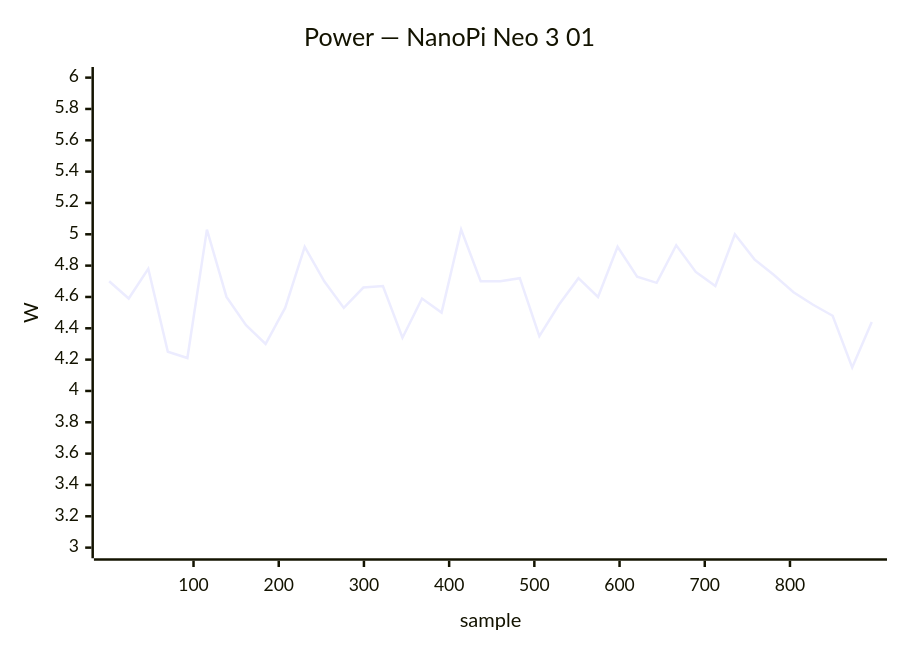
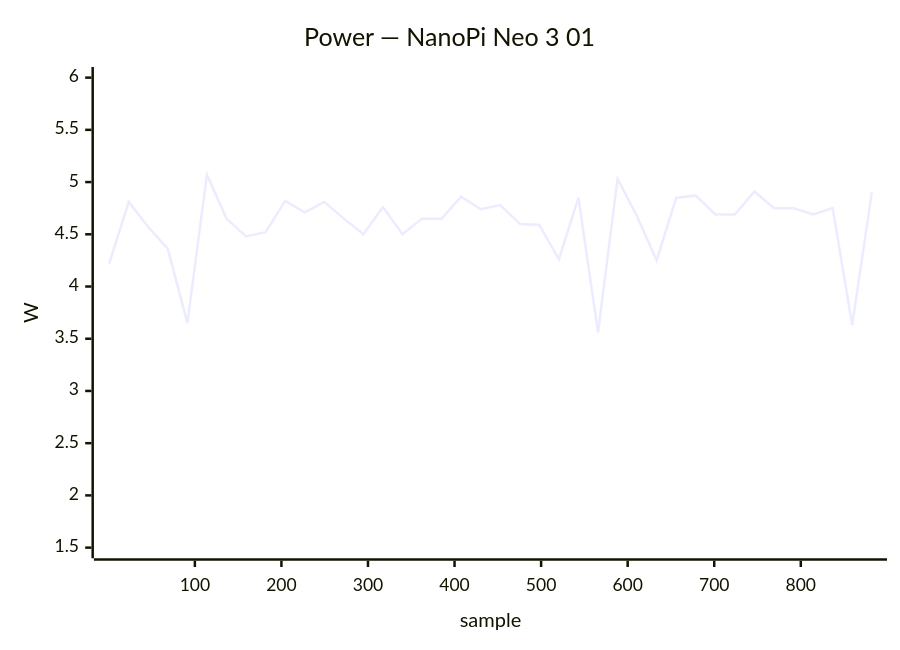
Before and after one commit to armbian/documentation: diagram 23 of 39 in docs/status/board-tests.md, drawn with Mermaid. The commit also changed other lines of this file, not shown here.

````diff
--- a/docs/status/board-tests.md
+++ b/docs/status/board-tests.md
@@ -1068,7 +1011,7 @@
 ```mermaid
 xychart-beta
     title "Power — NanoPi Neo 3 01"
-    x-axis "sample" 1 --> 896
-    y-axis "W" 3.0 --> 6.0
-    line [4.70, 4.59, 4.78, 4.25, 4.21, 5.03, 4.60, 4.42, 4.30, 4.53, 4.92, 4.70, 4.53, 4.66, 4.67, 4.34, 4.59, 4.50, 5.03, 4.70, 4.70, 4.72, 4.35, 4.55, 4.72, 4.60, 4.92, 4.73, 4.69, 4.93, 4.76, 4.67, 5.00, 4.84, 4.74, 4.63, 4.55, 4.48, 4.15, 4.44]
+    x-axis "sample" 1 --> 882
+    y-axis "W" 1.5 --> 6.0
+    line [4.22, 4.81, 4.57, 4.36, 3.65, 5.07, 4.65, 4.48, 4.52, 4.82, 4.71, 4.81, 4.65, 4.50, 4.76, 4.50, 4.65, 4.65, 4.86, 4.74, 4.78, 4.60, 4.59, 4.26, 4.85, 3.56, 5.03, 4.67, 4.25, 4.85, 4.87, 4.69, 4.69, 4.91, 4.75, 4.75, 4.69, 4.75, 3.63, 4.90]
 ```
````
